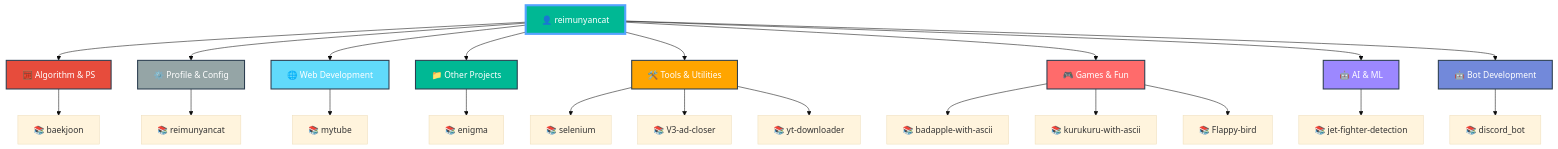
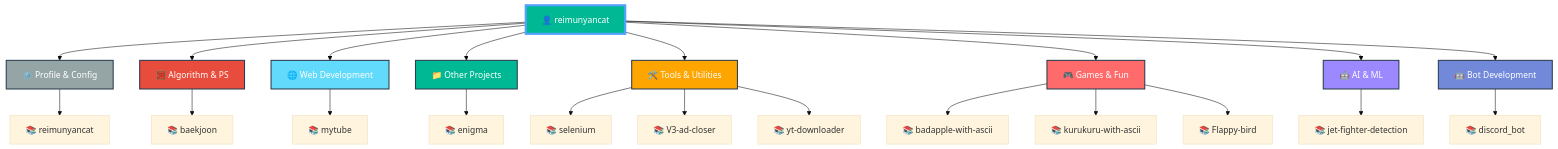
Before and after one commit to reimunyancat/reimunyancat: the diagram in README.md, drawn with Mermaid (base theme).

Commit message:
🤖 Auto-update README with latest repositories

````diff
--- a/README.md
+++ b/README.md
@@ -159,42 +159,42 @@
 ```mermaid
 graph TD
   A[👤 reimunyancat]
 
-  A --> CAT0[🧮 Algorithm & PS]
-  CAT0 --> CAT0_0[📚 baekjoon]
+  A --> CAT0[⚙️ Profile & Config]
+  CAT0 --> CAT0_0[📚 reimunyancat]
 
-  A --> CAT1[⚙️ Profile & Config]
-  CAT1 --> CAT1_0[📚 reimunyancat]
+  A --> CAT1[🧮 Algorithm & PS]
+  CAT1 --> CAT1_0[📚 baekjoon]
 
   A --> CAT2[🌐 Web Development]
   CAT2 --> CAT2_0[📚 mytube]
 
   A --> CAT3[📁 Other Projects]
   CAT3 --> CAT3_0[📚 enigma]
 
   A --> CAT4[🛠️ Tools & Utilities]
   CAT4 --> CAT4_0[📚 selenium]
   CAT4 --> CAT4_1[📚 V3-ad-closer]
   CAT4 --> CAT4_2[📚 yt-downloader]
 
   A --> CAT5[🎮 Games & Fun]
   CAT5 --> CAT5_0[📚 badapple-with-ascii]
   CAT5 --> CAT5_1[📚 kurukuru-with-ascii]
   CAT5 --> CAT5_2[📚 Flappy-bird]
 
   A --> CAT6[🤖 AI & ML]
   CAT6 --> CAT6_0[📚 jet-fighter-detection]
 
   A --> CAT7[🤖 Bot Development]
   CAT7 --> CAT7_0[📚 discord_bot]
 
   style A fill:#00b894,stroke:#55a3ff,stroke-width:4px,color:#fff
-  style CAT0 fill:#e74c3c,stroke:#2c3e50,stroke-width:2px,color:#fff
-  style CAT1 fill:#95a5a6,stroke:#2c3e50,stroke-width:2px,color:#fff
+  style CAT0 fill:#95a5a6,stroke:#2c3e50,stroke-width:2px,color:#fff
+  style CAT1 fill:#e74c3c,stroke:#2c3e50,stroke-width:2px,color:#fff
   style CAT2 fill:#61dafb,stroke:#2c3e50,stroke-width:2px,color:#fff
   style CAT3 fill:#00b894,stroke:#2c3e50,stroke-width:2px,color:#fff
   style CAT4 fill:#ffa500,stroke:#2c3e50,stroke-width:2px,color:#fff
   style CAT5 fill:#ff6b6b,stroke:#2c3e50,stroke-width:2px,color:#fff
   style CAT6 fill:#9c88ff,stroke:#2c3e50,stroke-width:2px,color:#fff
   style CAT7 fill:#7289da,stroke:#2c3e50,stroke-width:2px,color:#fff
 ```
````
